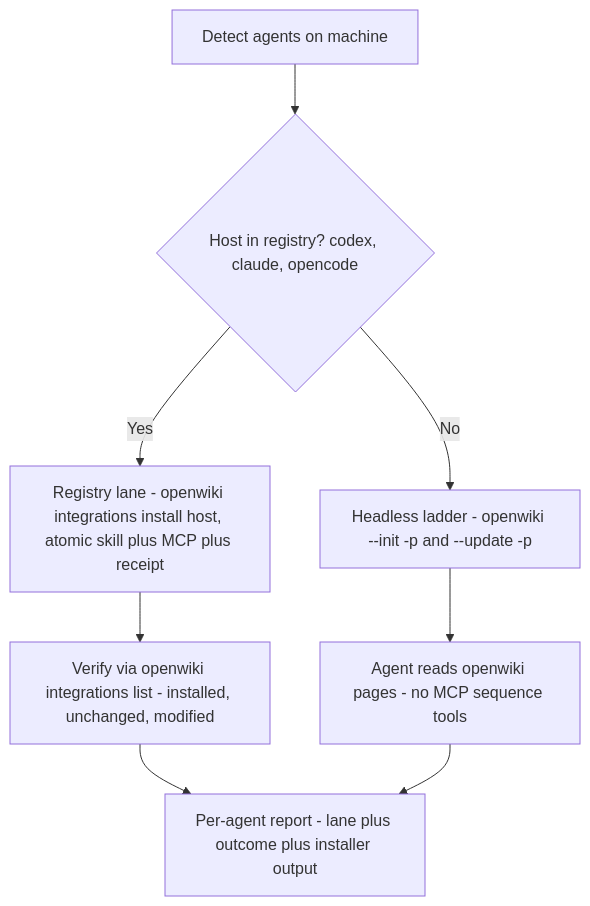
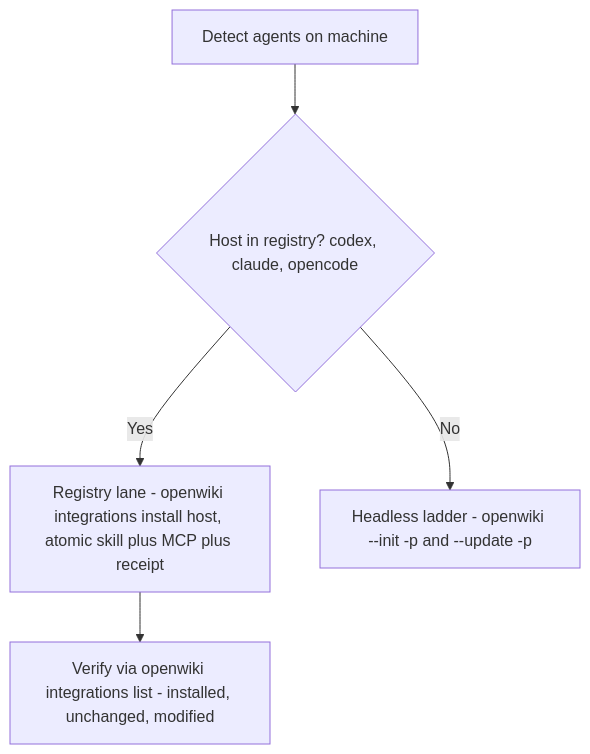
One commit to Hypercubed/Agent-Knowledge-Starter-Kit changed the fourth of 4 diagrams in openwiki/workflows/bootstrap-and-attachment.md. Above: the diagram before and after it, drawn with Mermaid. The commit also changed other lines of this file and 80 other files, not shown here.

````diff
--- a/openwiki/workflows/bootstrap-and-attachment.md
+++ b/openwiki/workflows/bootstrap-and-attachment.md
@@ -287,17 +304,12 @@
 ```mermaid
 flowchart TD
   D["Detect agents on machine"]
   C{"Host in registry? codex, claude, opencode"}
   R["Registry lane - openwiki integrations install host, atomic skill plus MCP plus receipt"]
   H["Headless ladder - openwiki --init -p and --update -p"]
   V["Verify via openwiki integrations list - installed, unchanged, modified"]
-  P["Agent reads openwiki pages - no MCP sequence tools"]
-  REP["Per-agent report - lane plus outcome plus installer output"]
   D --> C
   C -- Yes --> R
   C -- No --> H
   R --> V
-  H --> P
-  V --> REP
-  P --> REP
 ```
````
